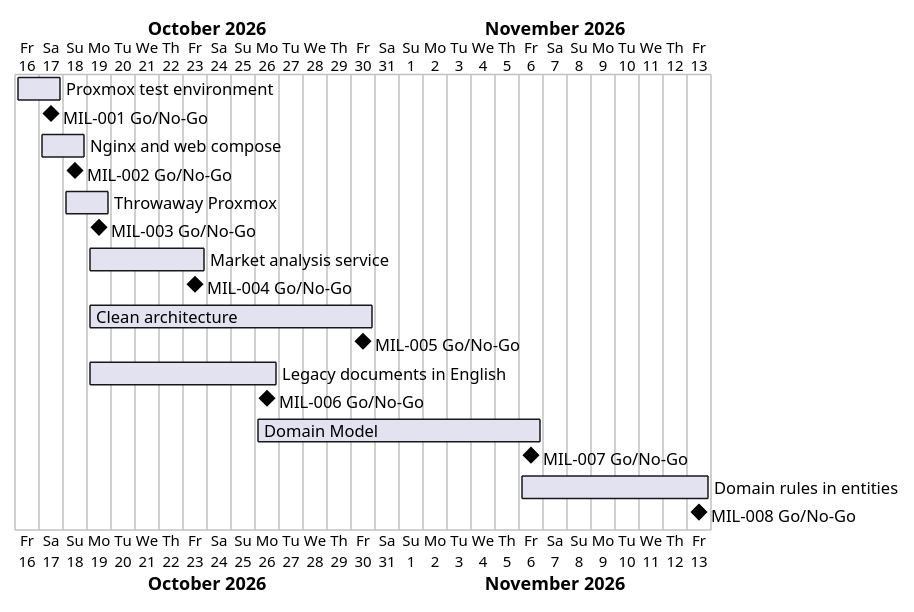
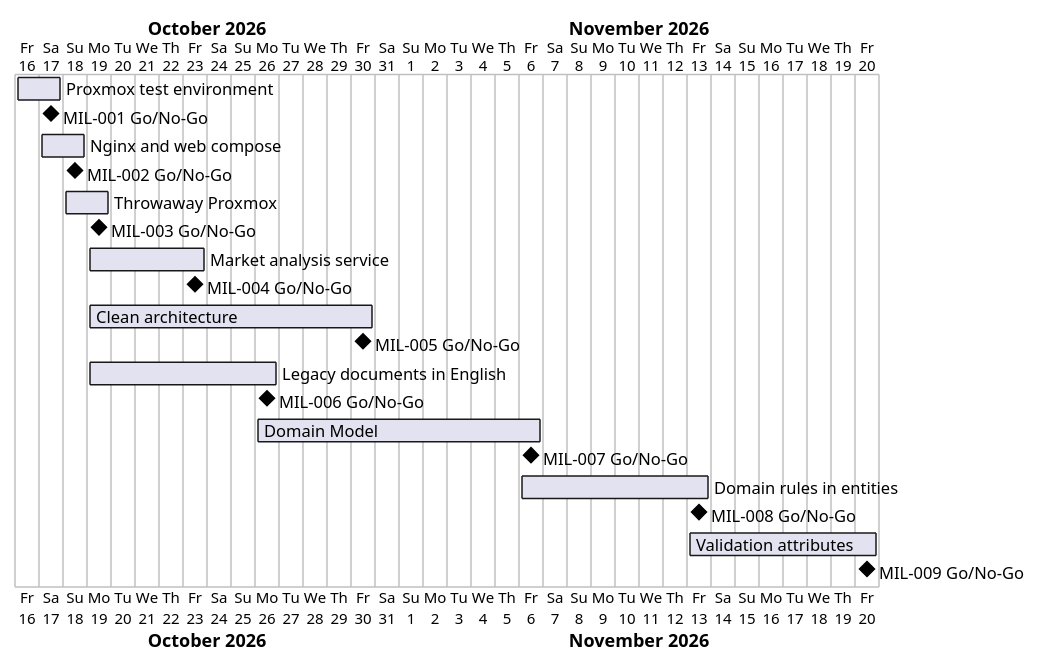
The diagram in docs/project-plan.md (NF-Hotel/NFHotel), drawn with PlantUML before and after one commit. The commit also changed other lines of this file and 8 other files, not shown here.

First line of the commit message:
Plan MIL-009 and ADR-0002: validation attributes on the entities

````diff
--- a/docs/project-plan.md
+++ b/docs/project-plan.md
@@ -44,21 +45,23 @@
 ```plantuml
 @startgantt
 Project starts 2026-10-16
 [Proxmox test environment] starts 2026-10-16 and ends 2026-10-17
 [MIL-001 Go/No-Go] happens 2026-10-17
 [Nginx and web compose] starts 2026-10-17 and ends 2026-10-18
 [MIL-002 Go/No-Go] happens 2026-10-18
 [Throwaway Proxmox] starts 2026-10-18 and ends 2026-10-19
 [MIL-003 Go/No-Go] happens 2026-10-19
 [Market analysis service] starts 2026-10-19 and ends 2026-10-23
 [MIL-004 Go/No-Go] happens 2026-10-23
 [Clean architecture] starts 2026-10-19 and ends 2026-10-30
 [MIL-005 Go/No-Go] happens 2026-10-30
 [Legacy documents in English] starts 2026-10-19 and ends 2026-10-26
 [MIL-006 Go/No-Go] happens 2026-10-26
 [Domain Model] starts 2026-10-26 and ends 2026-11-06
 [MIL-007 Go/No-Go] happens 2026-11-06
 [Domain rules in entities] starts 2026-11-06 and ends 2026-11-13
 [MIL-008 Go/No-Go] happens 2026-11-13
+[Validation attributes] starts 2026-11-13 and ends 2026-11-20
+[MIL-009 Go/No-Go] happens 2026-11-20
 @endgantt
 ```
````
